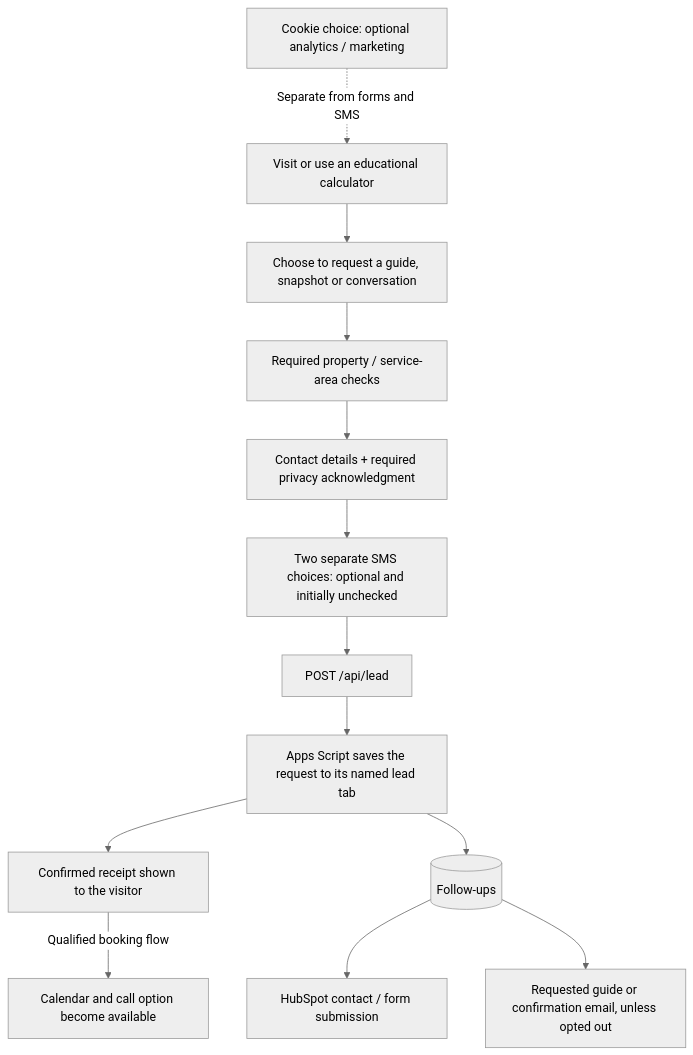
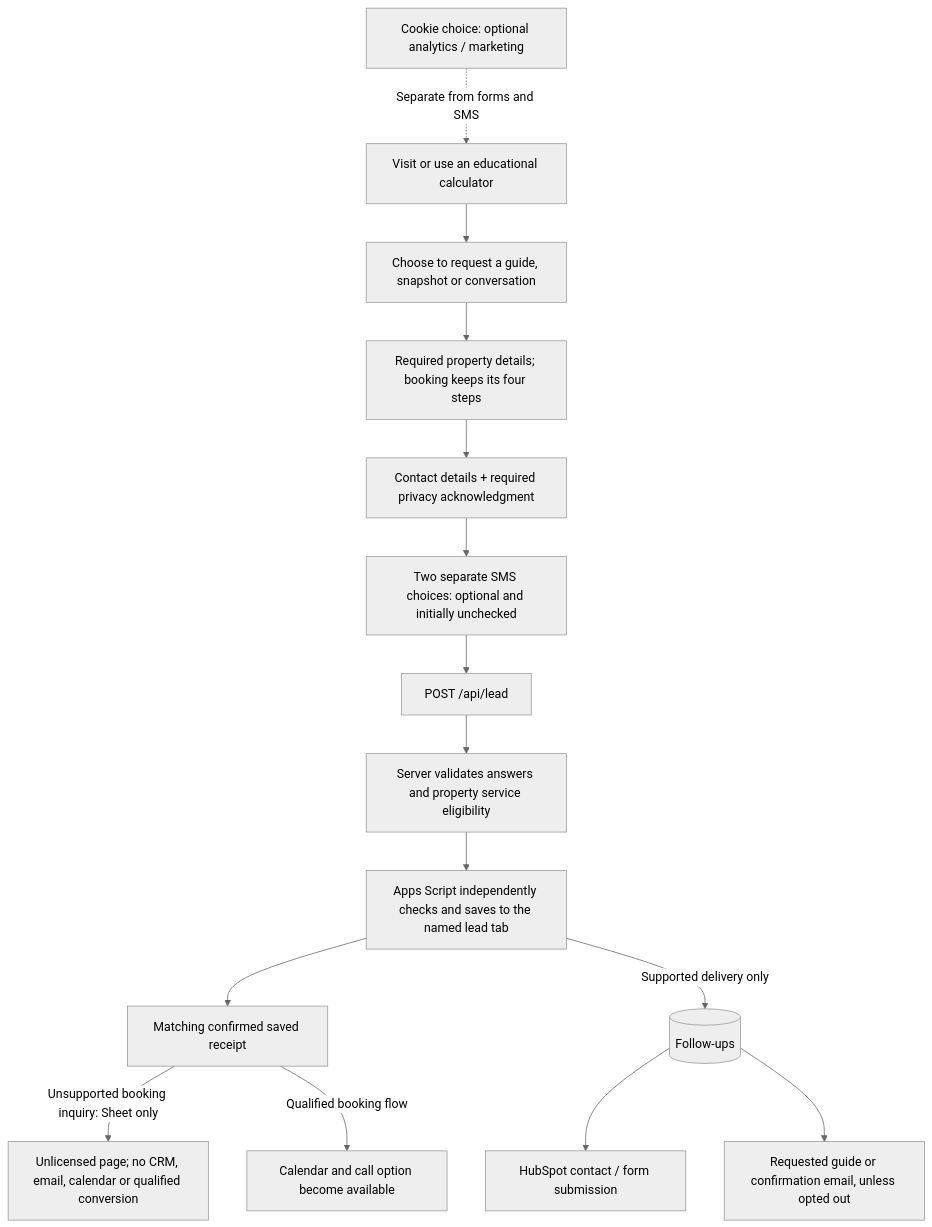
The second of 2 diagrams in docs/consumer-journey.md (LianneMax/DarrenTsai), drawn with Mermaid (neutral theme) before and after one commit. The commit also changed other lines of this file and 21 other files, not shown here.

First line of the commit message:
Record out-of-area booking inquiries Sheet-only and fix worker alerts

````diff
--- a/docs/consumer-journey.md
+++ b/docs/consumer-journey.md
@@ -64,15 +75,17 @@
 ```mermaid
 flowchart TD
   VISIT["Visit or use an educational calculator"] --> REQUEST["Choose to request a guide, snapshot or conversation"]
-  REQUEST --> CHECK["Required property / service-area checks"]
+  REQUEST --> CHECK["Required property details; booking keeps its four steps"]
   CHECK --> CONSENT["Contact details + required privacy acknowledgment"]
   CONSENT --> SMS["Two separate SMS choices: optional and initially unchecked"]
   SMS --> POST["POST /api/lead"]
-  POST --> WRITE["Apps Script saves the request to its named lead tab"]
-  WRITE --> RECEIPT["Confirmed receipt shown to the visitor"]
-  WRITE --> QUEUE[("Follow-ups")]
+  POST --> POLICY["Server validates answers and property service eligibility"]
+  POLICY --> WRITE["Apps Script independently checks and saves to the named lead tab"]
+  WRITE --> RECEIPT["Matching confirmed saved receipt"]
+  WRITE -->|"Supported delivery only"| QUEUE[("Follow-ups")]
+  RECEIPT -->|"Unsupported booking inquiry: Sheet only"| EXIT["Unlicensed page; no CRM, email, calendar or qualified conversion"]
   QUEUE --> CRM["HubSpot contact / form submission"]
   QUEUE --> EMAIL["Requested guide or confirmation email, unless opted out"]
   RECEIPT -->|"Qualified booking flow"| CAL["Calendar and call option become available"]
   TRACK["Cookie choice: optional analytics / marketing"] -. "Separate from forms and SMS" .-> VISIT
 ```
````
